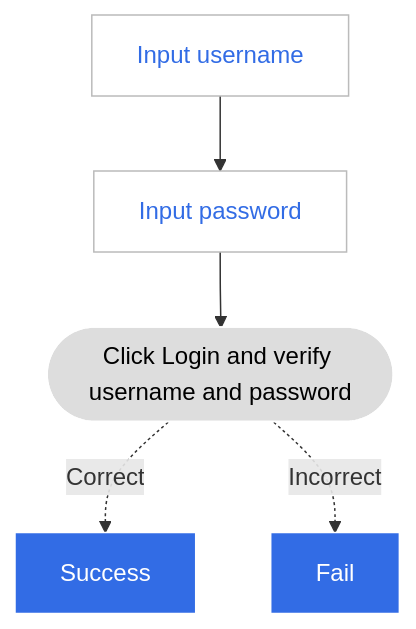
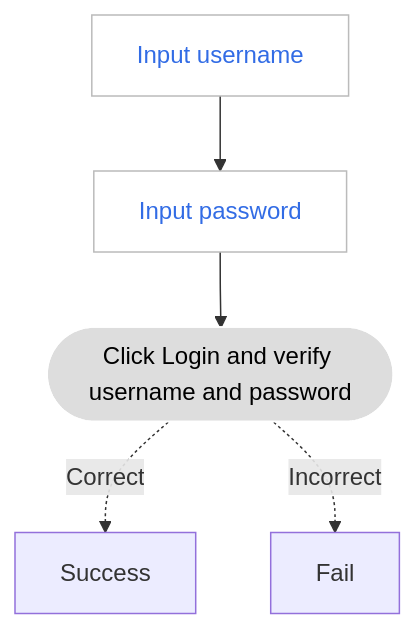
Before and after one commit to DaoCloud/DaoCloud-docs: the diagram in docs/en/docs/ghippo/install/login.md, drawn with Mermaid. The commit also changed 24 other files, not shown here.

````diff
--- a/docs/en/docs/ghippo/install/login.md
+++ b/docs/en/docs/ghippo/install/login.md
@@ -20,15 +20,14 @@
 ```mermaid
 graph TB
 
 user[Input username] --> pass[Input password] --> judge([Click Login and verify username and password])
 judge -.Correct.->success[Success]
 judge -.Incorrect.->fail[Fail]
 
 classDef plain fill:#ddd,stroke:#fff,stroke-width:1px,color:#000;
 classDef k8s fill:#326ce5,stroke:#fff,stroke-width:1px,color:#fff;
 classDef cluster fill:#fff,stroke:#bbb,stroke-width:1px,color:#326ce5;
 
 class user,pass cluster;
 class judge plain
-class success,fail k8s
 ```
````
